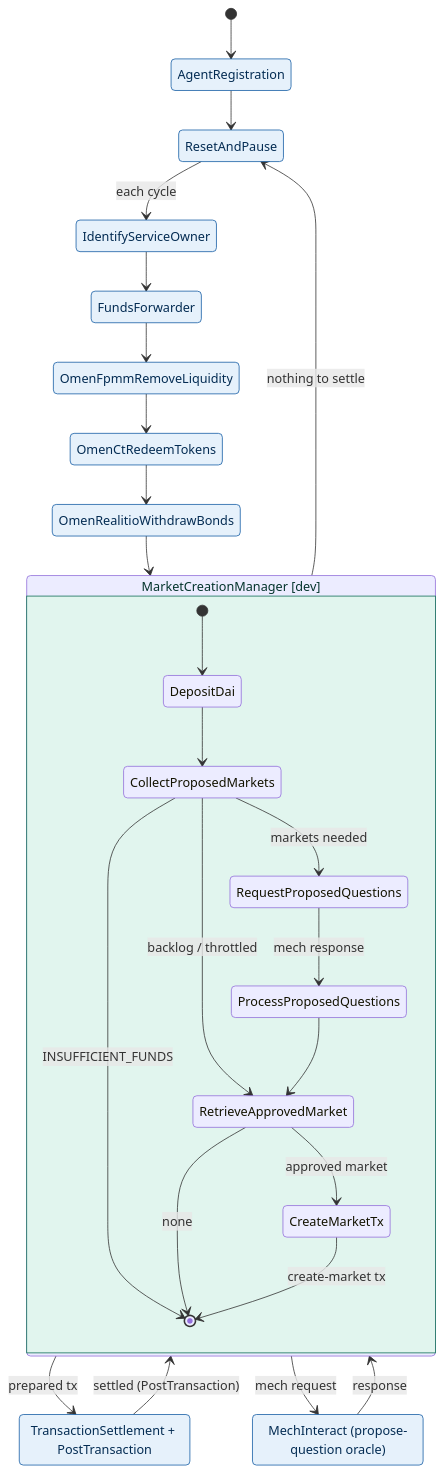
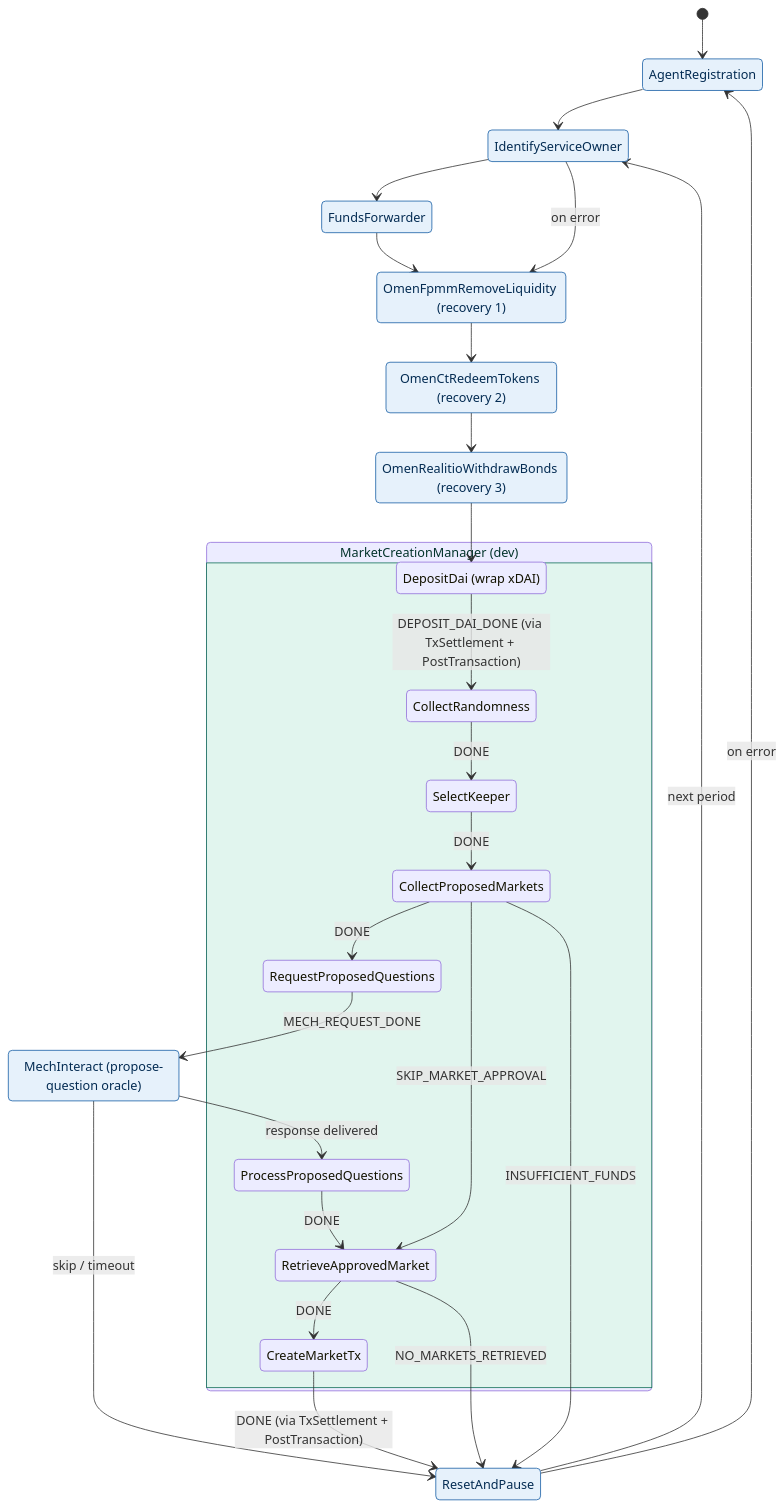
Before and after one commit to valory-xyz/market-creator: the diagram in README.md, drawn with Mermaid. The commit also changed other lines of this file, not shown here.

````diff
--- a/README.md
+++ b/README.md
@@ -21,53 +21,58 @@
 ```mermaid
 stateDiagram-v2
-    direction TB
-    [*] --> Reg
+  direction TB
 
-    state "AgentRegistration" as Reg
-    state "ResetAndPause" as Reset
-    state "IdentifyServiceOwner" as Ident
-    state "FundsForwarder" as Funds
-    state "OmenFpmmRemoveLiquidity" as RemLiq
-    state "OmenCtRedeemTokens" as Redeem
-    state "OmenRealitioWithdrawBonds" as Bonds
-    state "TransactionSettlement + PostTransaction" as TxSettle
-    state "MechInteract (propose-question oracle)" as Mech
+  classDef dev fill:#e1f5ee,stroke:#0f6e56,color:#04342c
+  classDef tp  fill:#e6f1fb,stroke:#185fa5,color:#042c53
 
-    state "MarketCreationManager [dev]" as MCM {
-        direction TB
-        [*] --> Dep
-        state "DepositDai" as Dep
-        state "CollectProposedMarkets" as Col
-        state "RequestProposedQuestions" as Req
-        state "ProcessProposedQuestions" as Proc
-        state "RetrieveApprovedMarket" as Ret
-        state "CreateMarketTx" as Cre
-        Dep --> Col
-        Col --> Req: markets needed
-        Col --> Ret: backlog / throttled
-        Col --> [*]: INSUFFICIENT_FUNDS
-        Req --> Proc: mech response
-        Proc --> Ret
-        Ret --> Cre: approved market
-        Ret --> [*]: none
-        Cre --> [*]: create-market tx
-    }
+  [*] --> Reg
 
-    Reg --> Reset
-    Reset --> Ident: each cycle
-    Ident --> Funds
-    Funds --> RemLiq
-    RemLiq --> Redeem
-    Redeem --> Bonds
-    Bonds --> MCM
-    MCM --> TxSettle: prepared tx
-    MCM --> Mech: mech request
-    TxSettle --> MCM: settled (PostTransaction)
-    Mech --> MCM: response
-    MCM --> Reset: nothing to settle
+  state "AgentRegistration" as Reg
+  state "IdentifyServiceOwner" as Ident
+  state "FundsForwarder" as Funds
+  state "OmenFpmmRemoveLiquidity (recovery 1)" as RemLiq
+  state "OmenCtRedeemTokens (recovery 2)" as Redeem
+  state "OmenRealitioWithdrawBonds (recovery 3)" as Bonds
+  state "ResetAndPause" as Reset
+  state "MechInteract (propose-question oracle)" as Mech
 
-    classDef dev fill:#e1f5ee,stroke:#0f6e56,color:#04342c
-    classDef tp fill:#e6f1fb,stroke:#185fa5,color:#042c53
-    class MCM dev
-    class Reg,Reset,Ident,Funds,RemLiq,Redeem,Bonds,TxSettle,Mech tp
+  state "MarketCreationManager (dev)" as MCM {
+    state "DepositDai (wrap xDAI)" as Deposit
+    state "CollectRandomness" as Rand
+    state "SelectKeeper" as Keeper
+    state "CollectProposedMarkets" as Propose
+    state "RequestProposedQuestions" as Request
+    state "ProcessProposedQuestions" as Process
+    state "RetrieveApprovedMarket" as Retrieve
+    state "CreateMarketTx" as Create
+
+    Deposit --> Rand: DEPOSIT_DAI_DONE (via TxSettlement + PostTransaction)
+    Rand --> Keeper: DONE
+    Keeper --> Propose: DONE
+    Propose --> Request: DONE
+    Propose --> Retrieve: SKIP_MARKET_APPROVAL
+    Process --> Retrieve: DONE
+    Retrieve --> Create: DONE
+  }
+
+  Reg --> Ident
+  Ident --> Funds
+  Ident --> RemLiq: on error
+  Funds --> RemLiq
+  RemLiq --> Redeem
+  Redeem --> Bonds
+  Bonds --> Deposit
+  Reset --> Ident: next period
+  Reset --> Reg: on error
+
+  Request --> Mech: MECH_REQUEST_DONE
+  Mech --> Process: response delivered
+  Mech --> Reset: skip / timeout
+
+  Propose --> Reset: INSUFFICIENT_FUNDS
+  Retrieve --> Reset: NO_MARKETS_RETRIEVED
+  Create --> Reset: DONE (via TxSettlement + PostTransaction)
+
+  class MCM dev
+  class Reg,Ident,Funds,RemLiq,Redeem,Bonds,Reset,Mech tp
 ```
````
